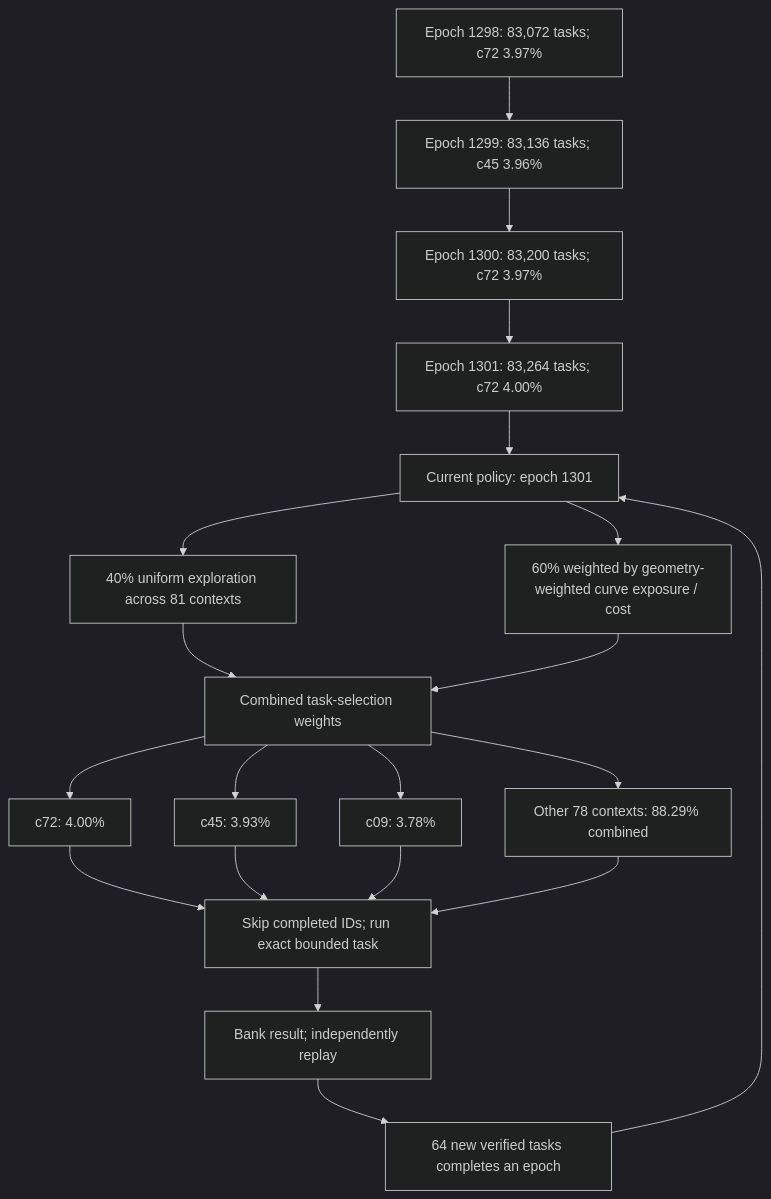
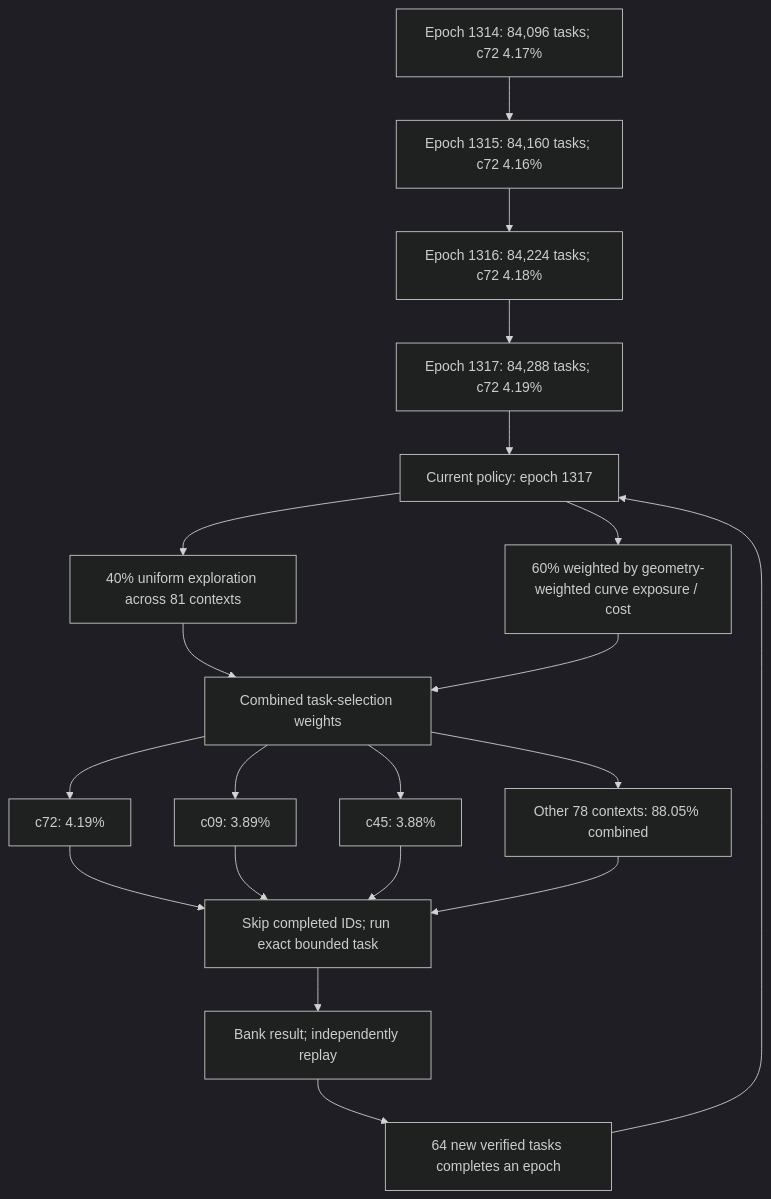
The first of 3 diagrams in README.md (Kuberwastaken/math-gambling), drawn with Mermaid (dark theme) before and after one commit. The commit also changed other lines of this file and 2126 other files, not shown here.

````diff
--- a/README.md
+++ b/README.md
@@ -55,27 +56,27 @@
 ```mermaid
 flowchart TD
-    H0["Epoch 1298: 83,072 tasks; c72 3.97%"]
-    H1["Epoch 1299: 83,136 tasks; c45 3.96%"]
+    H0["Epoch 1314: 84,096 tasks; c72 4.17%"]
+    H1["Epoch 1315: 84,160 tasks; c72 4.16%"]
     H0 --> H1
-    H2["Epoch 1300: 83,200 tasks; c72 3.97%"]
+    H2["Epoch 1316: 84,224 tasks; c72 4.18%"]
     H1 --> H2
-    H3["Epoch 1301: 83,264 tasks; c72 4.00%"]
+    H3["Epoch 1317: 84,288 tasks; c72 4.19%"]
     H2 --> H3
-    Policy["Current policy: epoch 1301"]
+    Policy["Current policy: epoch 1317"]
     H3 --> Policy
     Policy --> Explore["40% uniform exploration across 81 contexts"]
     Policy --> Cost["60% weighted by geometry-weighted curve exposure / cost"]
     Explore --> Mix["Combined task-selection weights"]
     Cost --> Mix
-    Mix --> C0["c72: 4.00%"]
-    Mix --> C1["c45: 3.93%"]
-    Mix --> C2["c09: 3.78%"]
-    Mix --> Rest["Other 78 contexts: 88.29% combined"]
+    Mix --> C0["c72: 4.19%"]
+    Mix --> C1["c09: 3.89%"]
+    Mix --> C2["c45: 3.88%"]
+    Mix --> Rest["Other 78 contexts: 88.05% combined"]
     C0 --> Check["Skip completed IDs; run exact bounded task"]
     C1 --> Check
     C2 --> Check
     Rest --> Check
     Check --> Replay["Bank result; independently replay"]
     Replay --> Gate["64 new verified tasks completes an epoch"]
     Gate --> Policy
 ```
````
